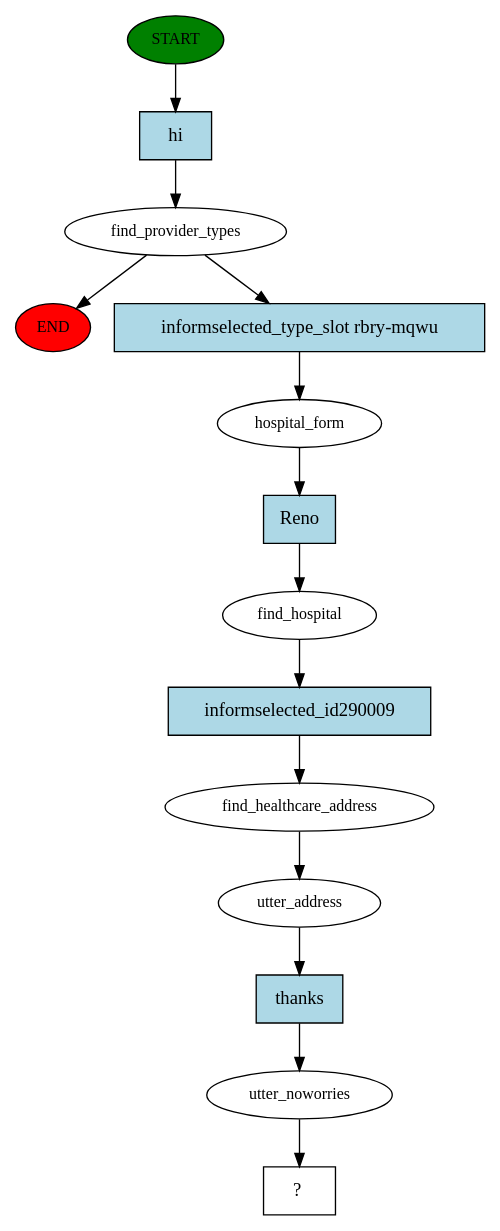
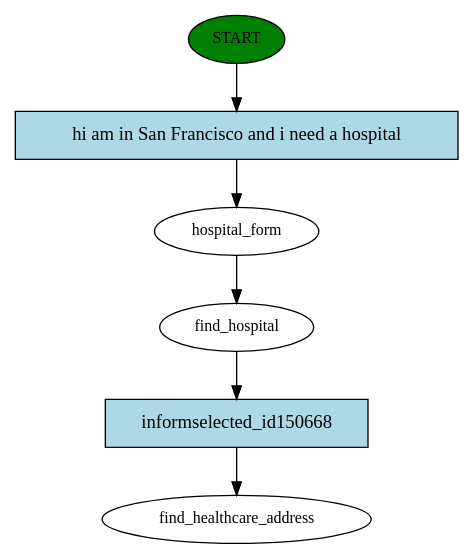
Before and after one commit to RasaHQ/medicare_locator: the diagram in story_graph.dot, drawn with Graphviz. The commit also changed 7 other files, not shown here.

```diff
--- a/story_graph.dot
+++ b/story_graph.dot
@@ -1,29 +1,13 @@
 digraph  {
 0 [label=START, fillcolor=green, style=filled, fontsize=12, class="start active"];
-"-1" [label=END, fillcolor=red, style=filled, fontsize=12, class=end];
-1 [label=find_provider_types, fontsize=12, class=active];
-3 [label=hospital_form, fontsize=12, class=active];
-4 [label=find_hospital, fontsize=12, class=active];
-5 [label=find_healthcare_address, fontsize=12, class=active];
-6 [label=utter_address, fontsize=12, class=active];
-7 [label=utter_noworries, fontsize=12, class=active];
-8 [label="  ?  ", shape=rect, class="intent dashed active"];
-9 [label=hi, shape=rect, style=filled, fillcolor=lightblue, class="intent active"];
-10 [label="informselected_type_slot rbry-mqwu", shape=rect, style=filled, fillcolor=lightblue, class="intent active"];
-11 [label=Reno, shape=rect, style=filled, fillcolor=lightblue, class="intent active"];
-12 [label=informselected_id290009, shape=rect, style=filled, fillcolor=lightblue, class="intent active"];
-13 [label=thanks, shape=rect, style=filled, fillcolor=lightblue, class="intent active"];
-0 -> 9  [key=0, class=active];
-1 -> "-1"  [key=NONE, label="", class=""];
-1 -> 10  [key=0, class=active];
-3 -> 11  [key=0, class=active];
-4 -> 12  [key=0, class=active];
-5 -> 6  [key=NONE, label="", class=active];
-6 -> 13  [key=0, class=active];
-7 -> 8  [key=NONE, label="", class=active];
-9 -> 1  [key=0, class=active];
-10 -> 3  [key=0, class=active];
-11 -> 4  [key=0, class=active];
-12 -> 5  [key=0, class=active];
-13 -> 7  [key=0, class=active];
+1 [label=hospital_form, fontsize=12, class=active];
+2 [label=find_hospital, fontsize=12, class=active];
+3 [label=find_healthcare_address, fontsize=12, class="dashed active"];
+4 [label="hi am in San Francisco and i need a hospital", shape=rect, style=filled, fillcolor=lightblue, class="intent active"];
+5 [label=informselected_id150668, shape=rect, style=filled, fillcolor=lightblue, class="intent active"];
+0 -> 4  [key=0, class=active];
+1 -> 2  [key=NONE, label="", class=active];
+2 -> 5  [key=0, class=active];
+4 -> 1  [key=0, class=active];
+5 -> 3  [key=0, class=active];
 }
```
